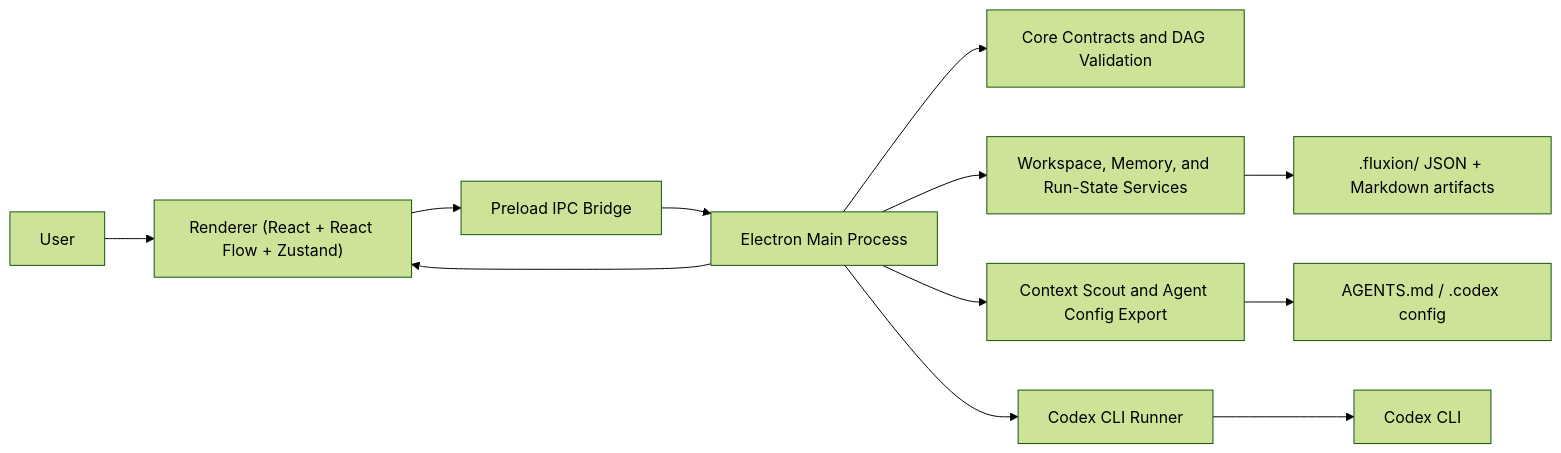
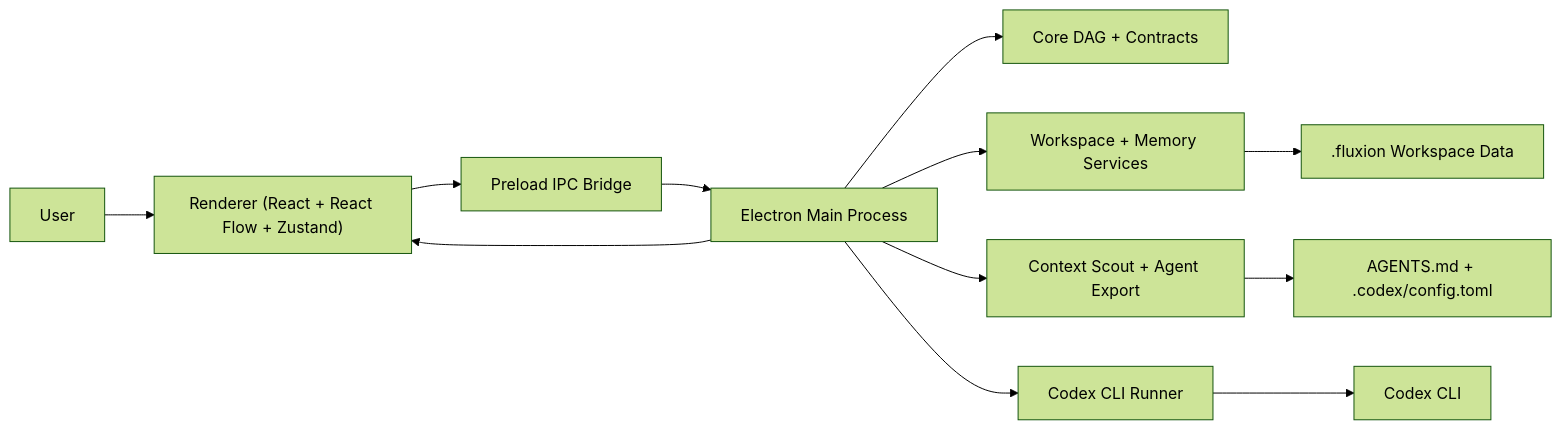
The diagram in README.md (KienNT792/Fluxion), drawn with Mermaid (forest theme) before and after one commit. The commit also changed other lines of this file, not shown here.

````diff
--- a/README.md
+++ b/README.md
@@ -279,14 +454,14 @@
 ```mermaid
 flowchart LR
   User["User"] --> Renderer["Renderer (React + React Flow + Zustand)"]
   Renderer --> Preload["Preload IPC Bridge"]
   Preload --> Main["Electron Main Process"]
-  Main --> Core["Core Contracts and DAG Validation"]
-  Main --> Workspace["Workspace, Memory, and Run-State Services"]
-  Main --> Context["Context Scout and Agent Config Export"]
+  Main --> Core["Core DAG + Contracts"]
+  Main --> Workspace["Workspace + Memory Services"]
+  Main --> Context["Context Scout + Agent Export"]
   Main --> Runner["Codex CLI Runner"]
   Runner --> Codex["Codex CLI"]
-  Workspace --> FluxionData[".fluxion/ JSON + Markdown artifacts"]
-  Context --> AgentFiles["AGENTS.md / .codex config"]
+  Workspace --> FluxionData[".fluxion Workspace Data"]
+  Context --> AgentFiles["AGENTS.md + .codex/config.toml"]
   Main --> Renderer
 ```
````
